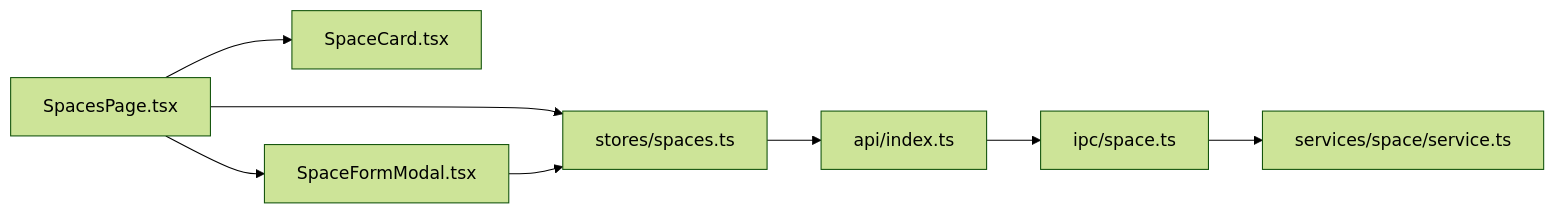
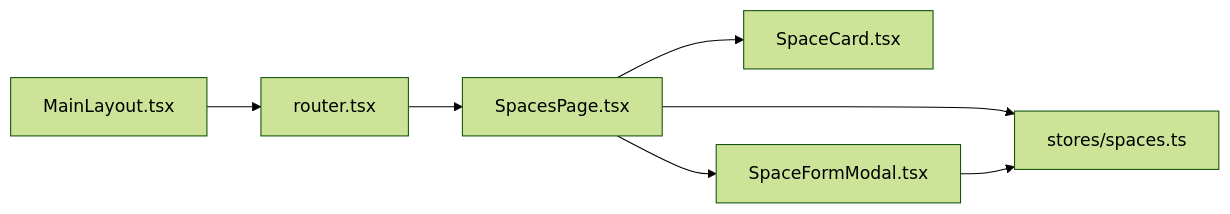
The eighth of 8 diagrams in .qoder/repowiki/zh/content/前端应用架构/页面组件/空间管理页面.md (hozeeee/script-box), drawn with Mermaid (forest theme) before and after one commit. The commit also changed other lines of this file and 6 other files, not shown here.

````diff
--- a/.qoder/repowiki/zh/content/前端应用架构/页面组件/空间管理页面.md
+++ b/.qoder/repowiki/zh/content/前端应用架构/页面组件/空间管理页面.md
@@ -348,10 +311,9 @@
 ```mermaid
 graph LR
-SP["SpacesPage.tsx"] --> SC["SpaceCard.tsx"]
+RT["router.tsx"] --> SP["SpacesPage.tsx"]
+SP --> SC["SpaceCard.tsx"]
 SP --> SF["SpaceFormModal.tsx"]
 SP --> ST["stores/spaces.ts"]
 SF --> ST
-ST --> API["api/index.ts"]
-API --> IPC["ipc/space.ts"]
-IPC --> SVC["services/space/service.ts"]
+ML["MainLayout.tsx"] --> RT
 ```
````
